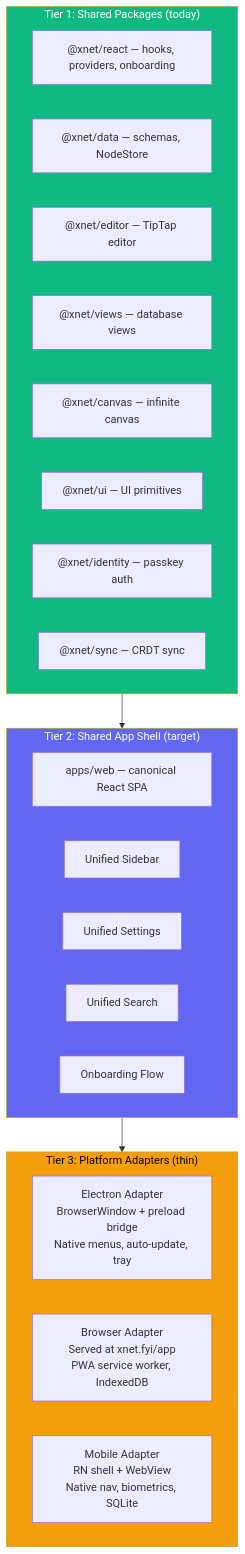
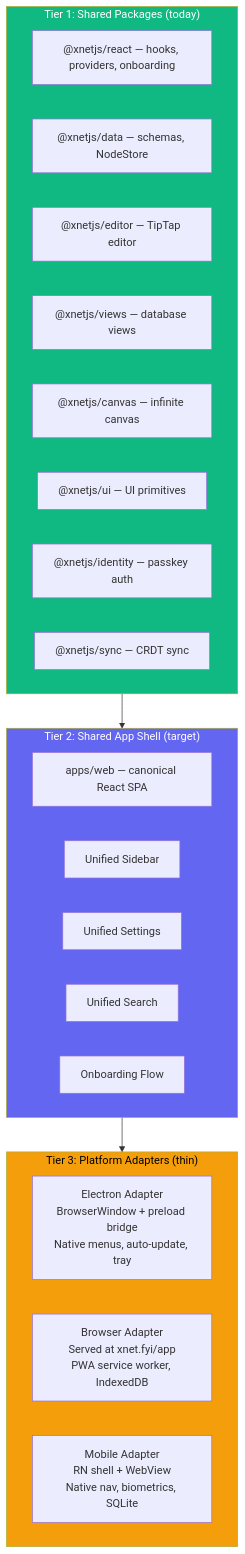
Before and after one commit to crs48/xNet: diagram 12 of 14 in docs/explorations/0056_[x]_WEB_APP_INTEGRATION.md, drawn with Mermaid. The commit also changed other lines of this file and 980 other files, not shown here.

````diff
--- a/docs/explorations/0056_[x]_WEB_APP_INTEGRATION.md
+++ b/docs/explorations/0056_[x]_WEB_APP_INTEGRATION.md
@@ -1408,34 +1408,34 @@
 ```mermaid
 graph TB
     subgraph tier1["Tier 1: Shared Packages (today)"]
-        t1_react["@xnet/react — hooks, providers, onboarding"]
-        t1_data["@xnet/data — schemas, NodeStore"]
-        t1_editor["@xnet/editor — TipTap editor"]
-        t1_views["@xnet/views — database views"]
-        t1_canvas["@xnet/canvas — infinite canvas"]
-        t1_ui["@xnet/ui — UI primitives"]
-        t1_identity["@xnet/identity — passkey auth"]
-        t1_sync["@xnet/sync — CRDT sync"]
+        t1_react["@xnetjs/react — hooks, providers, onboarding"]
+        t1_data["@xnetjs/data — schemas, NodeStore"]
+        t1_editor["@xnetjs/editor — TipTap editor"]
+        t1_views["@xnetjs/views — database views"]
+        t1_canvas["@xnetjs/canvas — infinite canvas"]
+        t1_ui["@xnetjs/ui — UI primitives"]
+        t1_identity["@xnetjs/identity — passkey auth"]
+        t1_sync["@xnetjs/sync — CRDT sync"]
     end
 
     subgraph tier2["Tier 2: Shared App Shell (target)"]
         t2_app["apps/web — canonical React SPA"]
         t2_sidebar["Unified Sidebar"]
         t2_settings["Unified Settings"]
         t2_search["Unified Search"]
         t2_onboarding["Onboarding Flow"]
     end
 
     subgraph tier3["Tier 3: Platform Adapters (thin)"]
         t3_electron["Electron Adapter\nBrowserWindow + preload bridge\nNative menus, auto-update, tray"]
         t3_browser["Browser Adapter\nServed at xnet.fyi/app\nPWA service worker, IndexedDB"]
         t3_mobile["Mobile Adapter\nRN shell + WebView\nNative nav, biometrics, SQLite"]
     end
 
     tier1 --> tier2
     tier2 --> tier3
 
     style tier1 fill:#10b981,color:#fff
     style tier2 fill:#6366f1,color:#fff
     style tier3 fill:#f59e0b,color:#000
 ```
````
